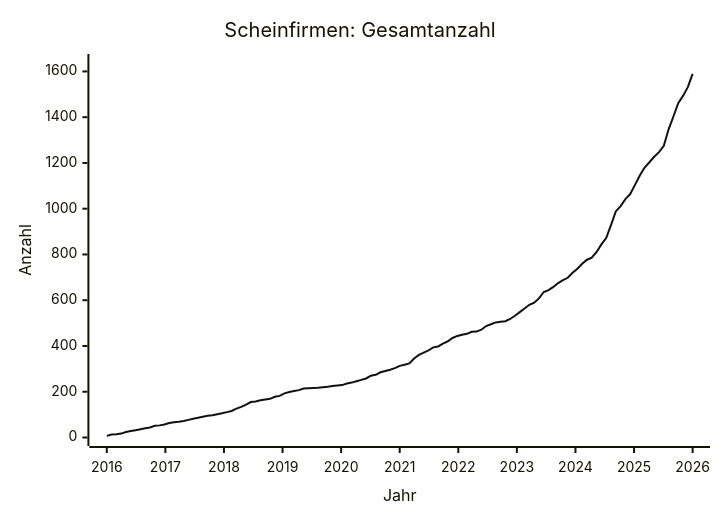
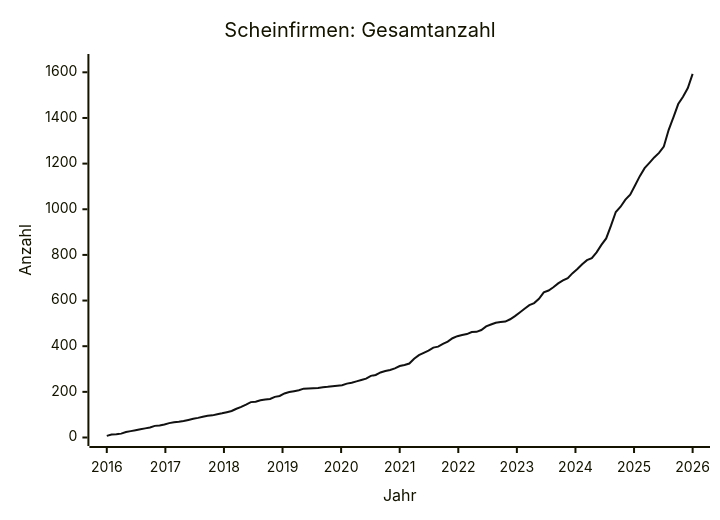
One commit to arjoma/scheinfirmen-at changed the diagram in data/STATS.md. Above: the diagram before and after it, drawn with Mermaid. The commit also changed other lines of this file and 3 other files, not shown here.

````diff
--- a/data/STATS.md
+++ b/data/STATS.md
@@ -9,13 +9,13 @@
 ```mermaid
 ---
 config:
   themeVariables:
     xyChart:
       plotColorPalette: "#111111"
 ---
 xychart-beta
     title "Scheinfirmen: Gesamtanzahl"
     x-axis "Jahr" 2016 --> 2026
-    y-axis "Anzahl" 0 --> 1639
-    line [7, 13, 14, 17, 24, 28, 32, 36, 40, 44, 51, 53, 57, 63, 67, 69, 72, 77, 82, 86, 91, 95, 97, 102, 106, 111, 116, 126, 134, 144, 155, 157, 163, 166, 169, 178, 182, 193, 199, 203, 207, 214, 215, 216, 217, 220, 222, 225, 227, 229, 236, 240, 246, 252, 258, 270, 274, 285, 291, 296, 303, 313, 318, 324, 345, 361, 371, 381, 394, 398, 410, 420, 435, 444, 449, 453, 462, 463, 471, 487, 495, 503, 506, 508, 518, 532, 548, 564, 580, 589, 608, 636, 644, 658, 675, 688, 698, 720, 738, 759, 777, 786, 811, 844, 872, 928, 988, 1011, 1042, 1064, 1104, 1145, 1180, 1203, 1227, 1247, 1275, 1347, 1403, 1461, 1493, 1531, 1589]
+    y-axis "Anzahl" 0 --> 1643
+    line [7, 13, 14, 17, 24, 28, 32, 36, 40, 44, 51, 53, 57, 63, 67, 69, 72, 77, 82, 86, 91, 95, 97, 102, 106, 111, 116, 126, 134, 144, 155, 157, 163, 166, 169, 178, 182, 193, 199, 203, 207, 214, 215, 216, 217, 220, 222, 225, 227, 229, 236, 240, 246, 252, 258, 270, 274, 285, 291, 296, 303, 313, 318, 324, 345, 361, 371, 381, 394, 398, 410, 420, 435, 444, 449, 453, 462, 463, 471, 487, 495, 503, 506, 508, 518, 532, 548, 564, 580, 589, 608, 636, 644, 658, 675, 688, 698, 720, 738, 759, 777, 786, 811, 844, 872, 928, 988, 1011, 1042, 1064, 1104, 1145, 1180, 1203, 1227, 1247, 1275, 1347, 1403, 1461, 1493, 1531, 1593]
 ```
````
